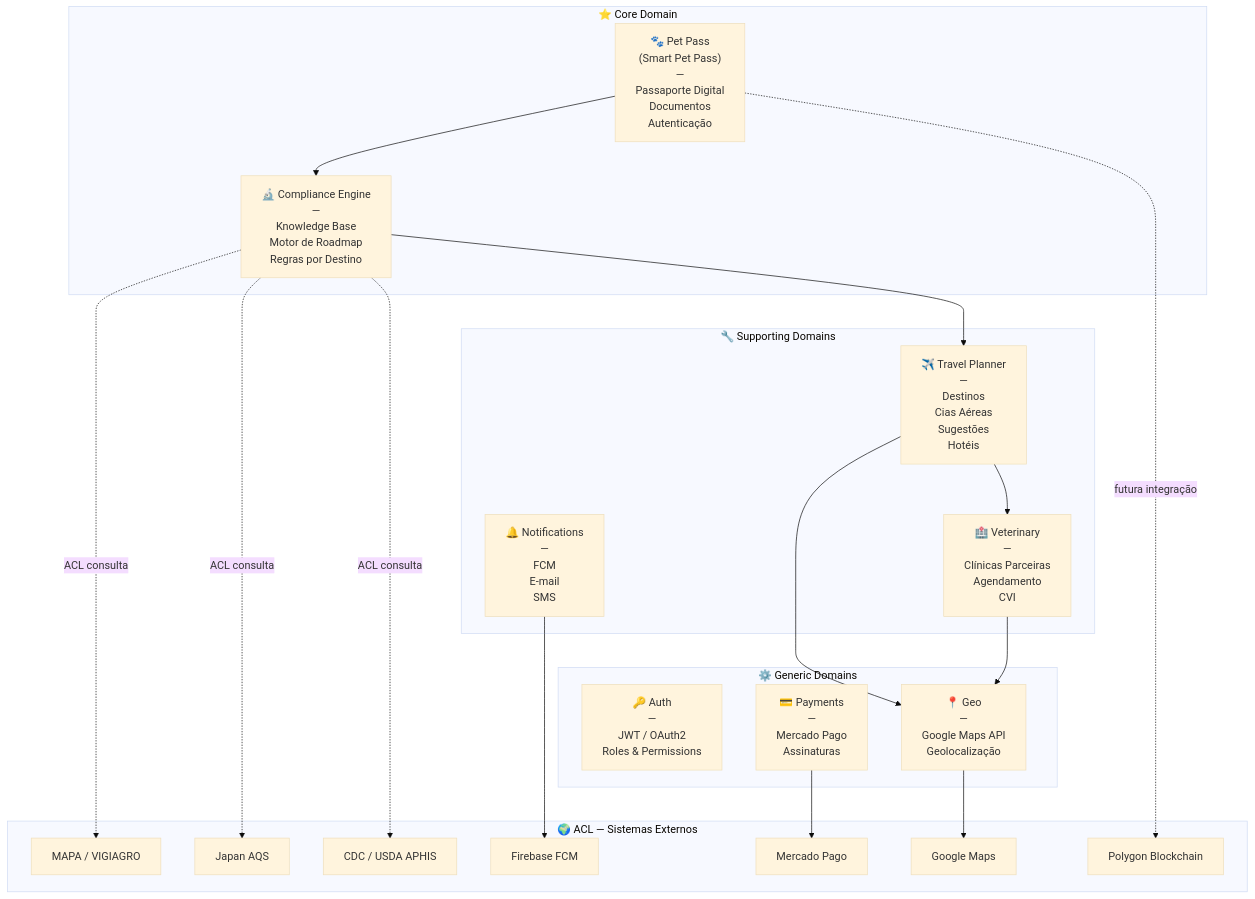
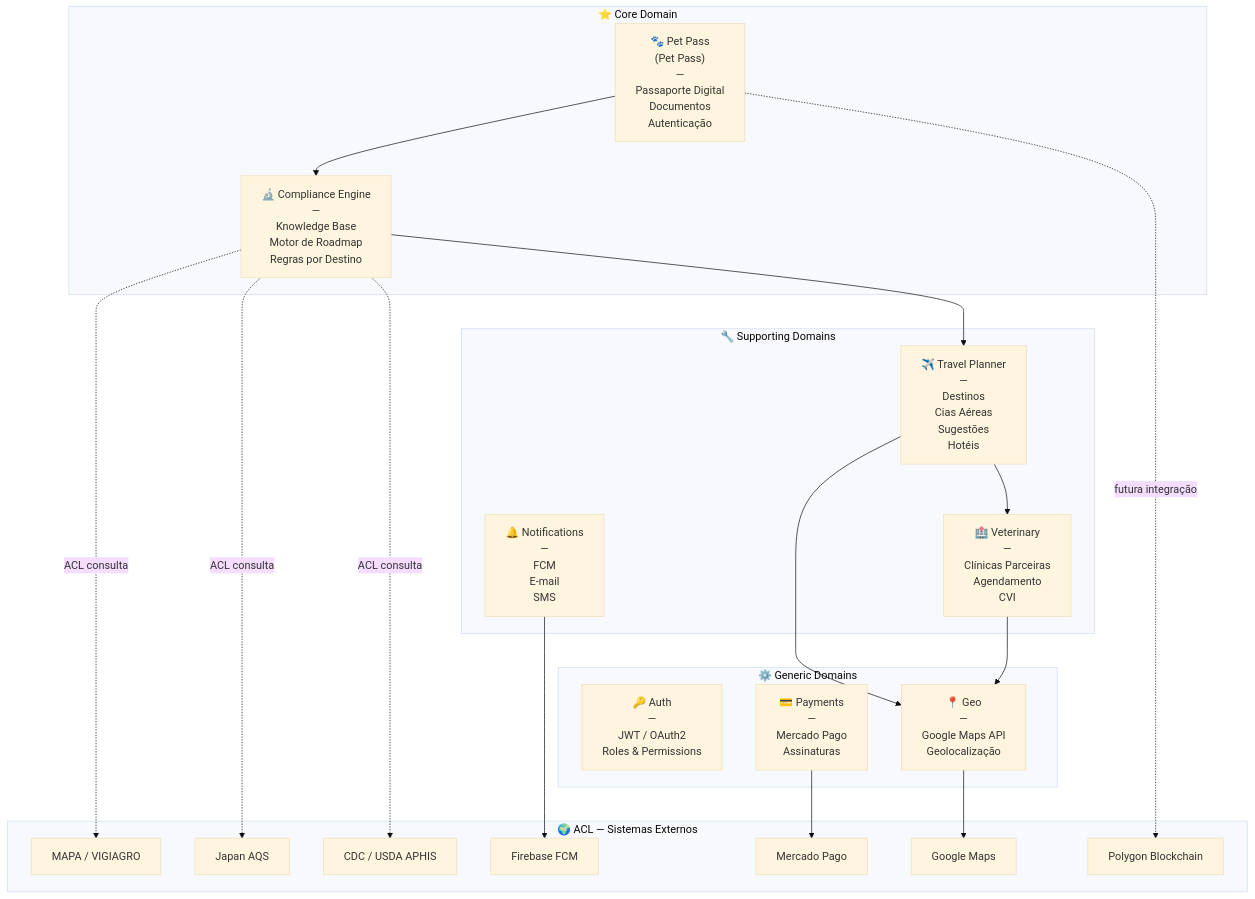
Before and after one commit to leonardoalm7/iPet: the second of 4 diagrams in docs/architecture/SUPER_APP_ARCHITECTURE.md, drawn with Mermaid (base theme). The commit also changed other lines of this file and 10 other files, not shown here.

First line of the commit message:
feat(architecture): Pet Health + Pet Market BUs + rename Smart Pet Pass → Pet Pass

````diff
--- a/docs/architecture/SUPER_APP_ARCHITECTURE.md
+++ b/docs/architecture/SUPER_APP_ARCHITECTURE.md
@@ -123,42 +123,42 @@
 ```mermaid
 graph TB
   subgraph CORE["⭐ Core Domain"]
-    PP["🐾 Pet Pass\n(Smart Pet Pass)\n—\nPassaporte Digital\nDocumentos\nAutenticação"]
+    PP["🐾 Pet Pass\n(Pet Pass)\n—\nPassaporte Digital\nDocumentos\nAutenticação"]
     CE["🔬 Compliance Engine\n—\nKnowledge Base\nMotor de Roadmap\nRegras por Destino"]
   end
 
   subgraph SUPPORTING["🔧 Supporting Domains"]
     TP["✈️ Travel Planner\n—\nDestinos\nCias Aéreas\nSugestões\nHotéis"]
     CV["🏥 Veterinary\n—\nClínicas Parceiras\nAgendamento\nCVI"]
     NO["🔔 Notifications\n—\nFCM\nE-mail\nSMS"]
   end
 
   subgraph GENERIC["⚙️ Generic Domains"]
     AU["🔑 Auth\n—\nJWT / OAuth2\nRoles & Permissions"]
     PA["💳 Payments\n—\nMercado Pago\nAssinaturas"]
     GE["📍 Geo\n—\nGoogle Maps API\nGeolocalização"]
   end
 
   subgraph EXTERNAL["🌍 ACL — Sistemas Externos"]
     MAPA["MAPA / VIGIAGRO"]
     AQS["Japan AQS"]
     CDC["CDC / USDA APHIS"]
     FCM["Firebase FCM"]
     MP["Mercado Pago"]
     MAPS["Google Maps"]
     POLY["Polygon Blockchain"]
   end
 
   PP --> CE
   CE --> TP
   TP --> CV
   TP --> GE
   CV --> GE
   NO --> FCM
   PA --> MP
   GE --> MAPS
   CE -.->|"ACL consulta"| MAPA
   CE -.->|"ACL consulta"| AQS
   CE -.->|"ACL consulta"| CDC
   PP -.->|"futura integração"| POLY
 ```
````
